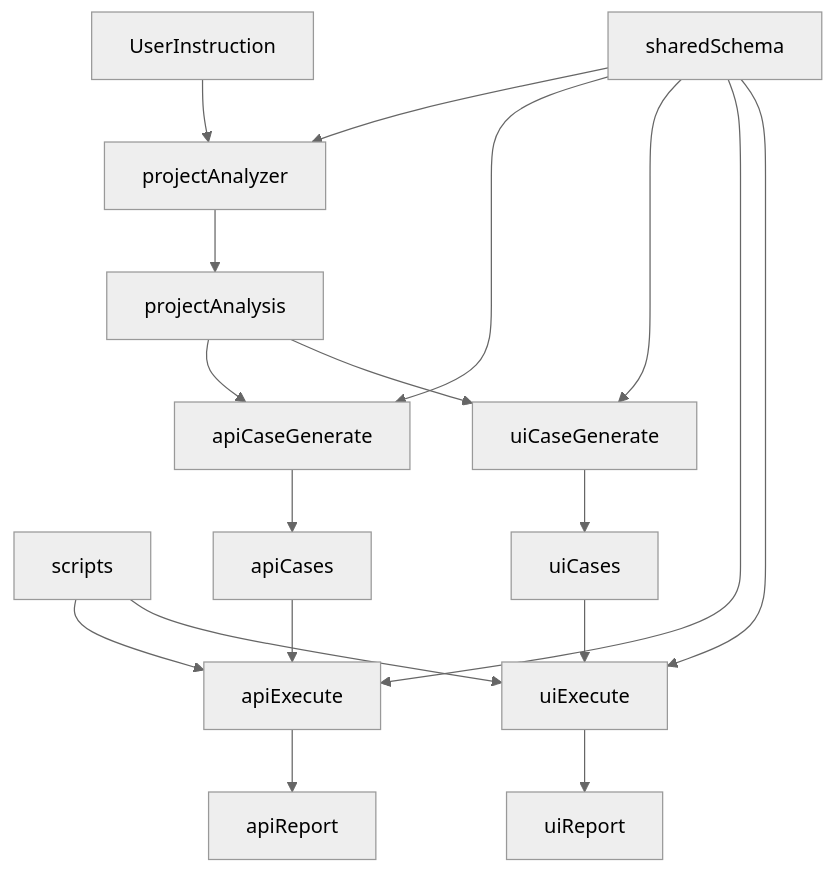
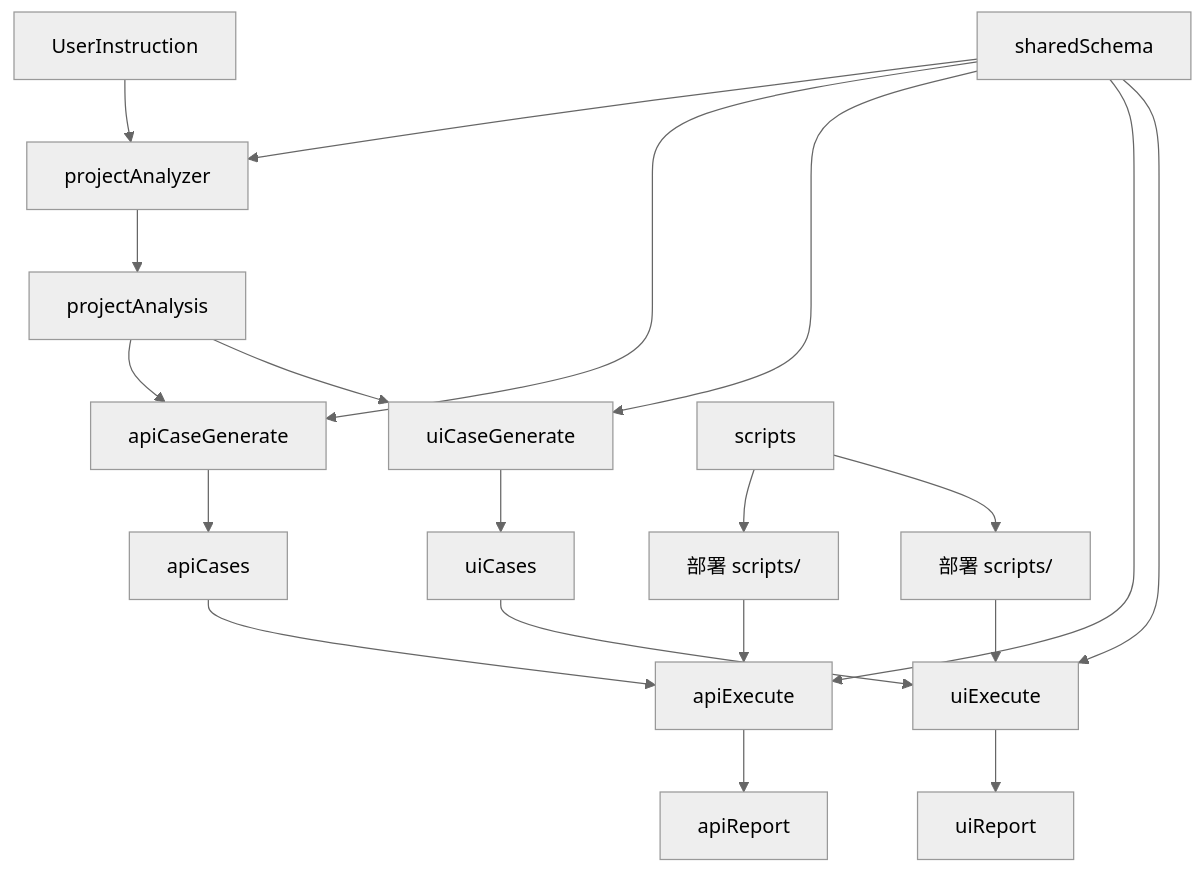
Before and after one commit to MakaCove/ai-test-pipeline: the diagram in 架构与流程.md, drawn with Mermaid (neutral theme). The commit also changed other lines of this file and 42 other files, not shown here.

````diff
--- a/架构与流程.md
+++ b/架构与流程.md
@@ -7,27 +7,29 @@
 ```mermaid
 flowchart TB
   U[UserInstruction]
   S1[projectAnalyzer]
   S2[apiCaseGenerate]
   S3[uiCaseGenerate]
   S4[apiExecute]
   S5[uiExecute]
   SH[sharedSchema]
   SC[scripts]
+  D1[部署 scripts/]
+  D2[部署 scripts/]
   A1[projectAnalysis]
   A2[apiCases]
   A3[uiCases]
   R1[apiReport]
   R2[uiReport]
 
   U --> S1 --> A1
   A1 --> S2 --> A2 --> S4 --> R1
   A1 --> S3 --> A3 --> S5 --> R2
   SH --> S1
   SH --> S2
   SH --> S3
   SH --> S4
   SH --> S5
-  SC --> S4
-  SC --> S5
+  SC --> D1 --> S4
+  SC --> D2 --> S5
 ```
````
